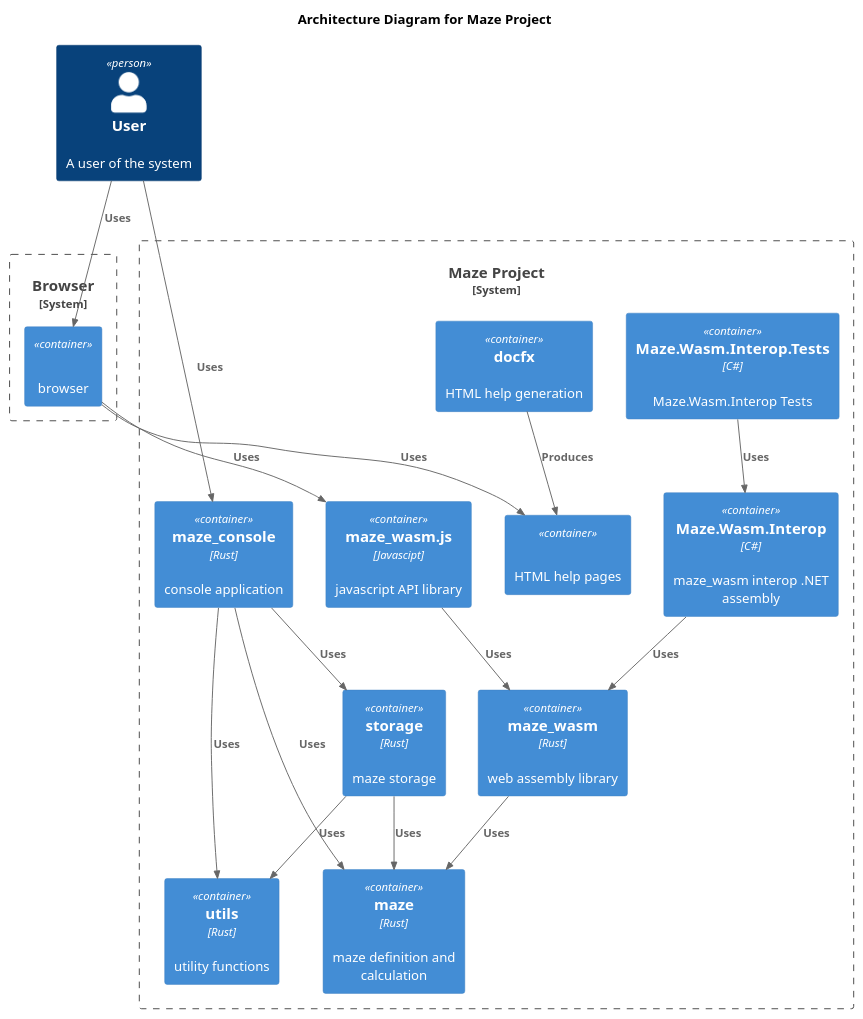
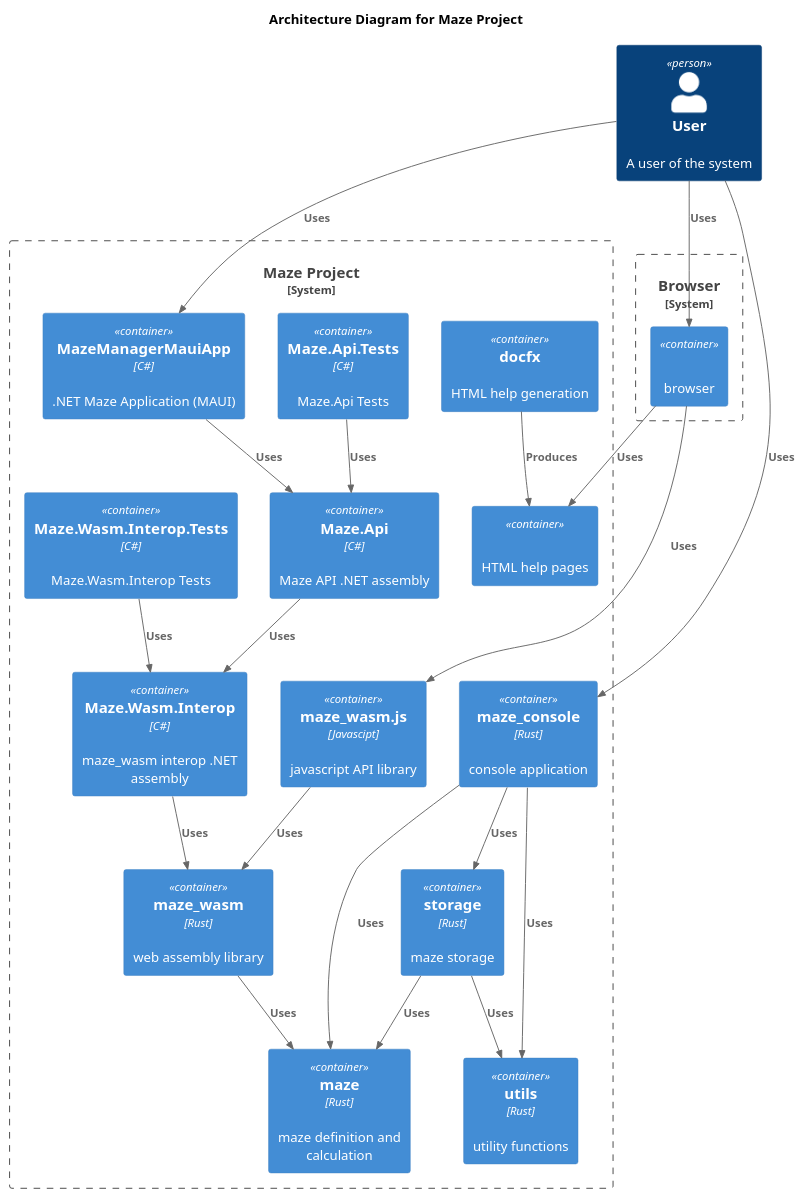
One commit to budgiedownunder/maze changed the diagram in docs/diagrams/architecture.puml. Above: the diagram before and after it, drawn with PlantUML.

Commit message:
Update architecture diagram

```diff
--- a/docs/diagrams/architecture.puml
+++ b/docs/diagrams/architecture.puml
@@ -2,41 +2,48 @@
 @startuml
 
 !include https://raw.githubusercontent.com/plantuml-stdlib/C4-PlantUML/master/C4_Container.puml
 
 title Architecture Diagram for Maze Project
 
 Person(user, "User", "A user of the system")
 
 System_Boundary(c1, "Browser") {
     Container(browser, "", "", "browser")
 }
 
 System_Boundary(c2, "Maze Project") {
     Container(html_help, "", "", "HTML help pages")
     Container(docfx, "docfx", "", "HTML help generation")
+    Container(maze_maui_app_net, "MazeManagerMauiApp", "C#", ".NET Maze Application (MAUI)")
+    Container(maze_api_net_tests, "Maze.Api.Tests", "C#", "Maze.Api Tests")
+    Container(maze_api_net, "Maze.Api", "C#", "Maze API .NET assembly")
     Container(maze_wasm_interop_net_tests, "Maze.Wasm.Interop.Tests", "C#", "Maze.Wasm.Interop Tests")
     Container(maze_wasm_interop_net, "Maze.Wasm.Interop", "C#", "maze_wasm interop .NET assembly")
     Container(maze_wasm_js, "maze_wasm.js", "Javascipt", "javascript API library")
     Container(maze_wasm, "maze_wasm", "Rust", "web assembly library")
     Container(maze_console, "maze_console", "Rust", "console application")
     Container(storage, "storage", "Rust", "maze storage")
     Container(maze, "maze", "Rust", "maze definition and calculation")
     Container(utils, "utils", "Rust", "utility functions")
 }
 
 Rel(user, browser, "Uses")
 Rel(browser, html_help, "Uses")
 Rel(browser, maze_wasm_js, "Uses")
 Rel(docfx, html_help, "Produces")
 Rel(user, maze_console, "Uses")
 Rel(maze_console, maze, "Uses")
 Rel(maze_console, storage, "Uses")
 Rel(maze_console, utils, "Uses")
+Rel(user, maze_maui_app_net, "Uses")
+Rel(maze_maui_app_net, maze_api_net, "Uses")
+Rel(maze_api_net_tests, maze_api_net, "Uses")
+Rel(maze_api_net, maze_wasm_interop_net, "Uses")
 Rel(maze_wasm_interop_net_tests, maze_wasm_interop_net, "Uses")
 Rel(maze_wasm_interop_net, maze_wasm, "Uses")
 Rel(maze_wasm_js, maze_wasm, "Uses")
 Rel(maze_wasm, maze, "Uses")
 Rel(storage, maze, "Uses")
 Rel(storage, utils, "Uses")
 
 @enduml
```
